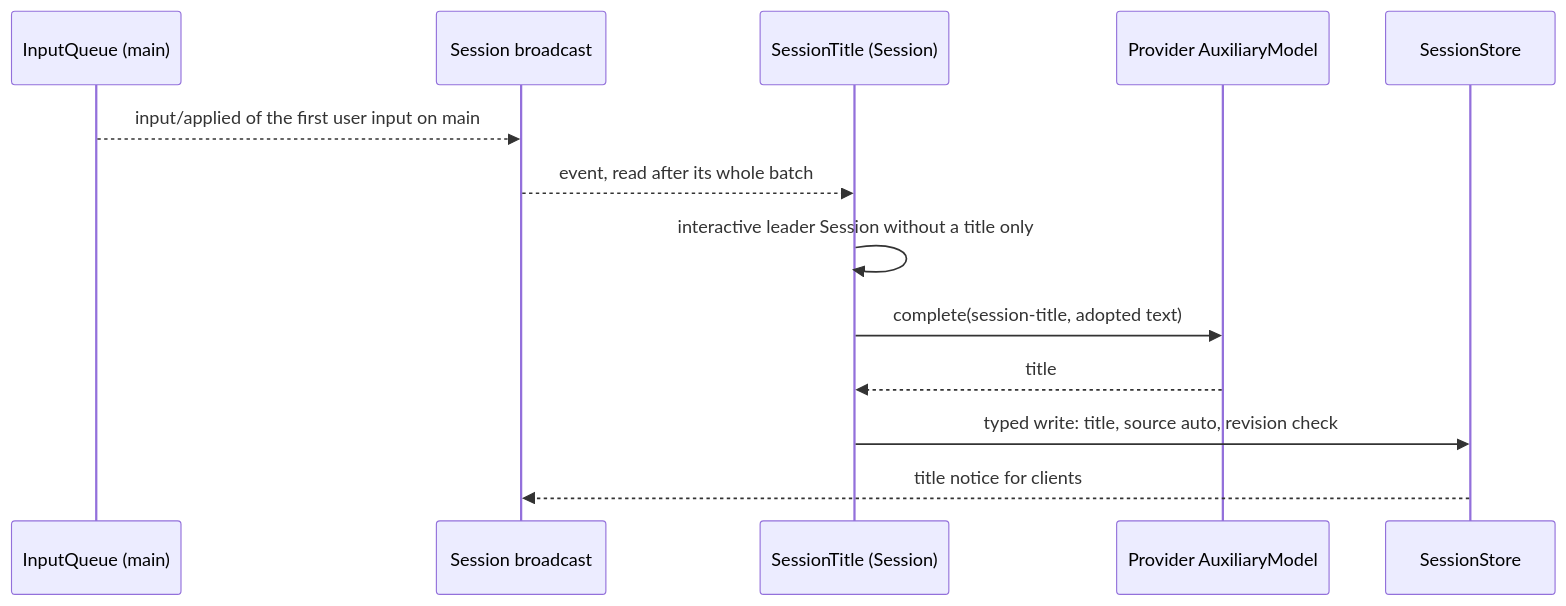
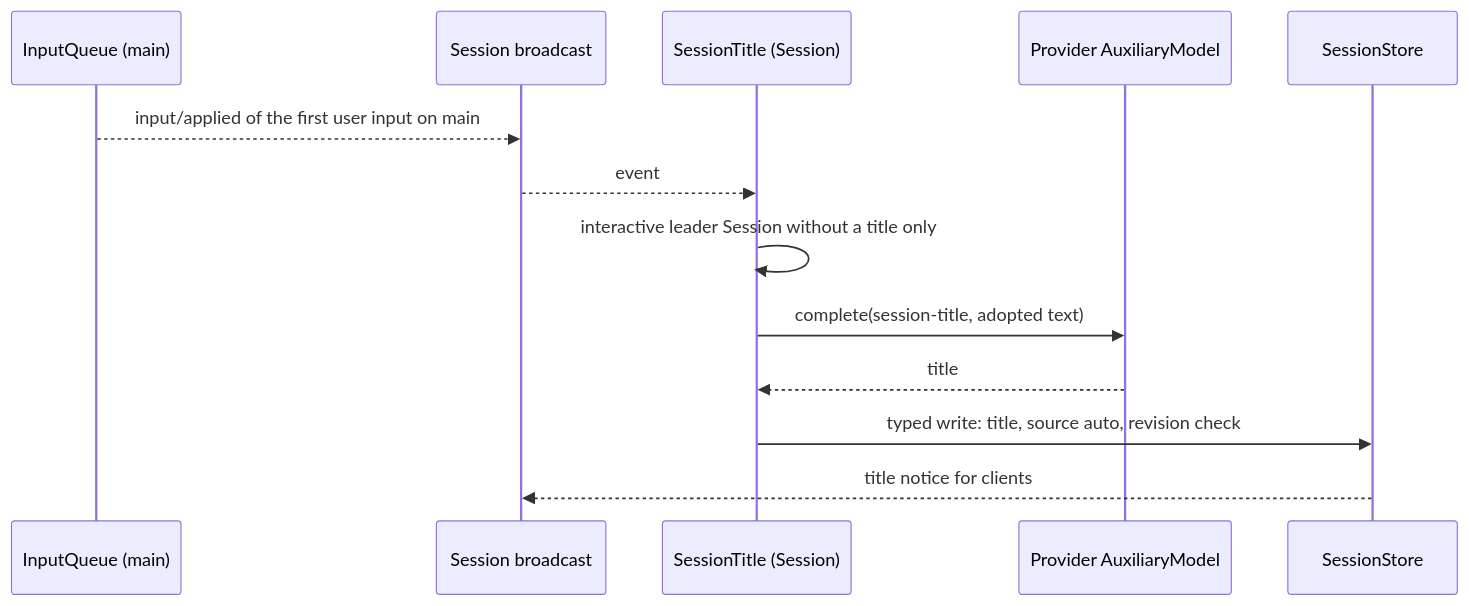
The fifth of 8 diagrams in docs/design/overview.md (CoutinhoTTS/dim-agent), drawn with Mermaid before and after one commit. The commit also changed other lines of this file and 9 other files, not shown here.

````diff
--- a/docs/design/overview.md
+++ b/docs/design/overview.md
@@ -234,15 +234,15 @@
 ```mermaid
 sequenceDiagram
   participant IQ as InputQueue (main)
   participant BC as Session broadcast
   participant ST as SessionTitle (Session)
   participant PR as Provider AuxiliaryModel
   participant SS as SessionStore
   IQ-->>BC: input/applied of the first user input on main
-  BC-->>ST: event, read after its whole batch
+  BC-->>ST: event
   ST->>ST: interactive leader Session without a title only
   ST->>PR: complete(session-title, adopted text)
   PR-->>ST: title
   ST->>SS: typed write: title, source auto, revision check
   SS-->>BC: title notice for clients
 ```
````
